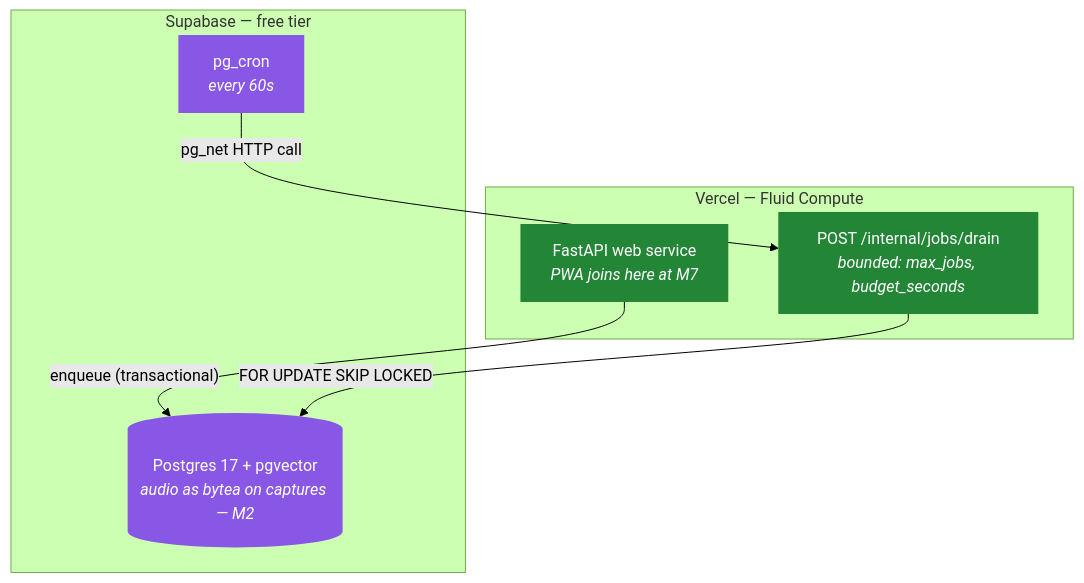
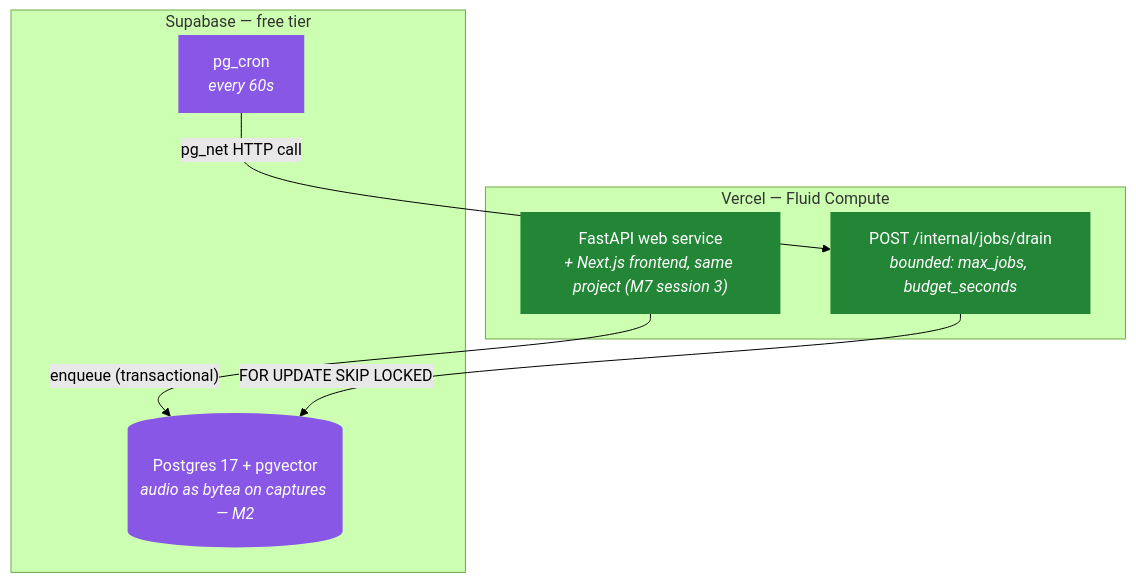
One commit to aabu4537/ALAM changed the third of 3 diagrams in README.md. Above: the diagram before and after it, drawn with Mermaid (forest theme). The commit also changed other lines of this file and 48 other files, not shown here.

First line of the commit message:
M7 session 3: Next.js frontend (ADR-0018) (#42)

````diff
--- a/README.md
+++ b/README.md
@@ -263,20 +265,20 @@
 ```mermaid
 flowchart TB
     subgraph V ["Vercel — Fluid Compute"]
-        API["FastAPI web service<br/><i>PWA joins here at M7</i>"]
+        API["FastAPI web service<br/><i>+ Next.js frontend, same project (M7 session 3)</i>"]
         DRAIN["POST /internal/jobs/drain<br/><i>bounded: max_jobs, budget_seconds</i>"]
     end
     subgraph S ["Supabase — free tier"]
         DB[("Postgres 17 + pgvector<br/><i>audio as bytea on captures — M2</i>")]
         CRON["pg_cron<br/><i>every 60s</i>"]
     end
 
     API -->|"enqueue (transactional)"| DB
     CRON -->|"pg_net HTTP call"| DRAIN
     DRAIN -->|"FOR UPDATE SKIP LOCKED"| DB
 
     style API fill:#238636,color:#fff,stroke:none
     style DRAIN fill:#238636,color:#fff,stroke:none
     style DB fill:#8957e5,color:#fff,stroke:none
     style CRON fill:#8957e5,color:#fff,stroke:none
 ```
````
